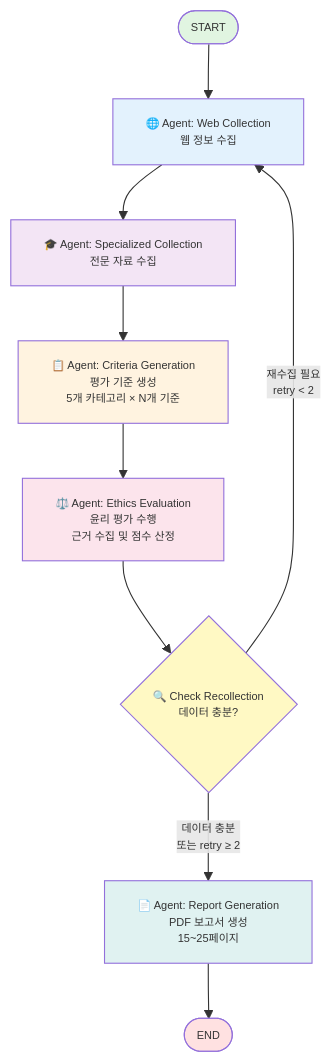
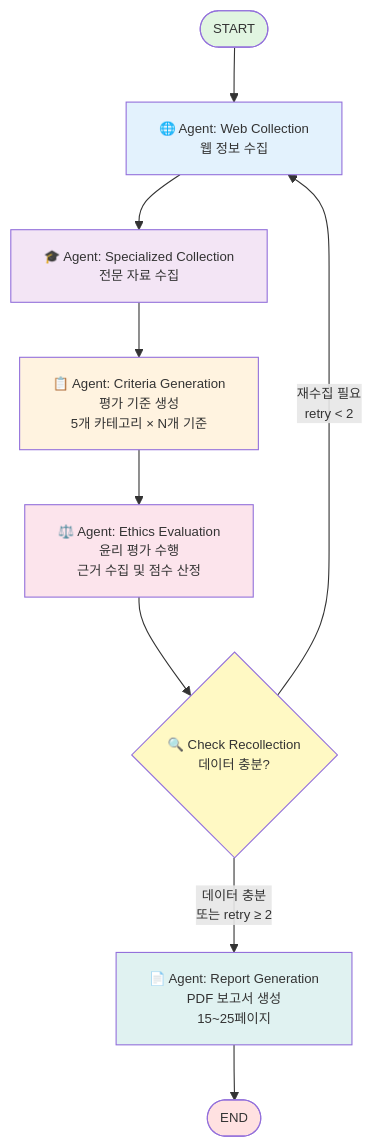
The diagram in README.md (gugurulru/ai-ethics-agent), drawn with Mermaid before and after one commit. The commit also changed other lines of this file, not shown here.

````diff
--- a/README.md
+++ b/README.md
@@ -113,21 +113,21 @@
 ```mermaid
-%%{init: {'themeVariables': {'fontSize': '10px'}}}%%
+%%{init: {'themeVariables': {'fontSize': '12px'}}}%%
 graph TD
     START([START]) --> WEB[🌐 Agent: Web Collection<br/>웹 정보 수집]
     WEB --> SPEC[🎓 Agent: Specialized Collection<br/>전문 자료 수집]
     SPEC --> CRIT[📋 Agent: Criteria Generation<br/>평가 기준 생성<br/>5개 카테고리 × N개 기준]
     CRIT --> EVAL[⚖️ Agent: Ethics Evaluation<br/>윤리 평가 수행<br/>근거 수집 및 점수 산정]
     EVAL --> CHECK{🔍 Check Recollection<br/>데이터 충분?}
     CHECK -->|재수집 필요<br/>retry < 2| WEB
     CHECK -->|데이터 충분<br/>또는 retry ≥ 2| REPORT[📄 Agent: Report Generation<br/>PDF 보고서 생성<br/>15~25페이지]
     REPORT --> END([END])
 
     style START fill:#e1f5e1
     style END fill:#ffe1e1
     style WEB fill:#e3f2fd
     style SPEC fill:#f3e5f5
     style CRIT fill:#fff3e0
     style EVAL fill:#fce4ec
     style CHECK fill:#fff9c4
     style REPORT fill:#e0f2f1
 ```
````
